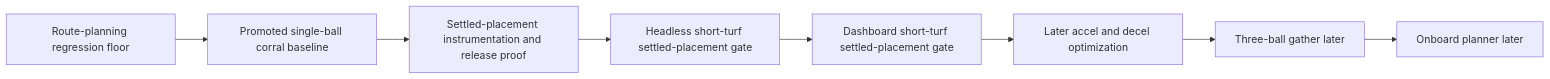
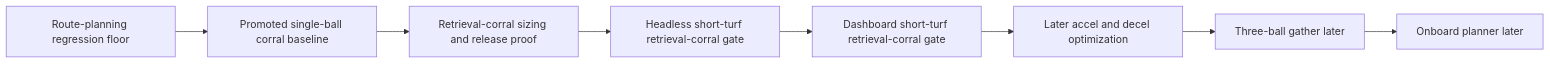
The diagram in docs/LLM_BROWSER_UAT_PLAN.md (fsmalkin/chasebot), drawn with Mermaid before and after one commit. The commit also changed other lines of this file and 1 other file, not shown here.

Commit message:
docs: shift corral milestone to practical retrieval

````diff
--- a/docs/LLM_BROWSER_UAT_PLAN.md
+++ b/docs/LLM_BROWSER_UAT_PLAN.md
@@ -361,10 +365,10 @@
 ```mermaid
 flowchart LR
     A[Route-planning regression floor] --> B[Promoted single-ball corral baseline]
-    B --> C[Settled-placement instrumentation and release proof]
-    C --> D[Headless short-turf settled-placement gate]
-    D --> E[Dashboard short-turf settled-placement gate]
+    B --> C[Retrieval-corral sizing and release proof]
+    C --> D[Headless short-turf retrieval-corral gate]
+    D --> E[Dashboard short-turf retrieval-corral gate]
     E --> F[Later accel and decel optimization]
     F --> G[Three-ball gather later]
     G --> H[Onboard planner later]
 ```
````
